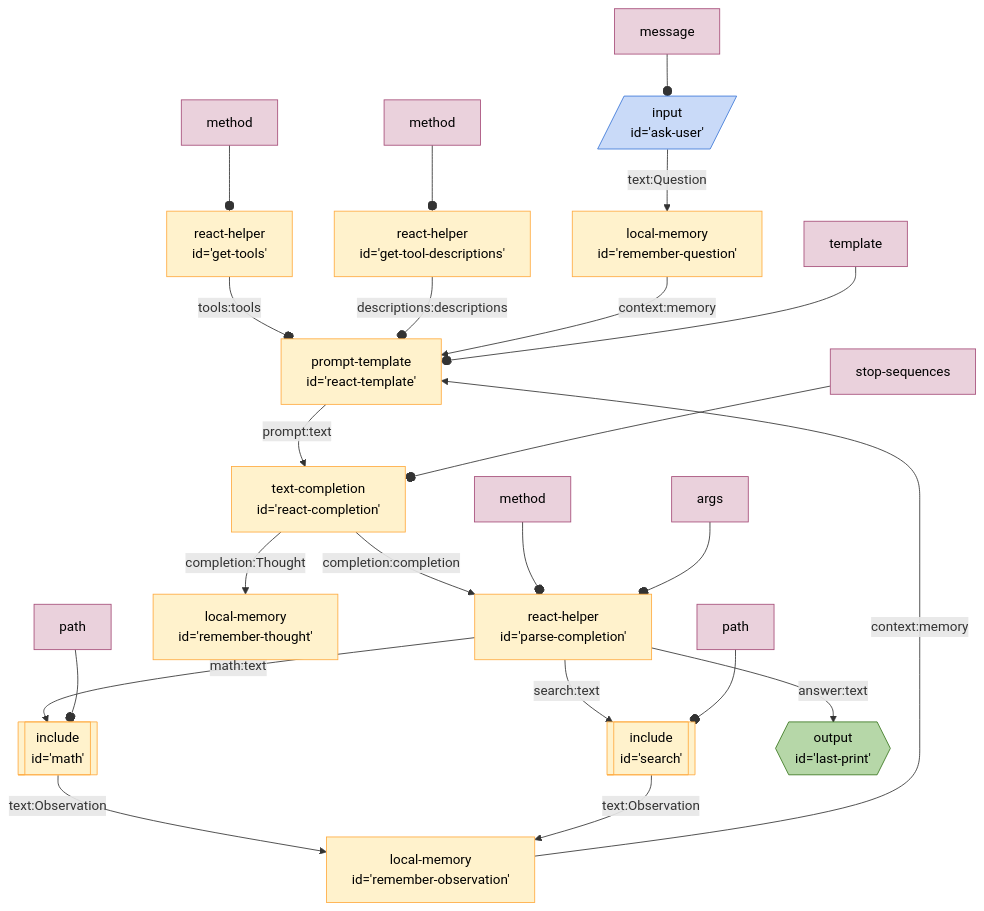
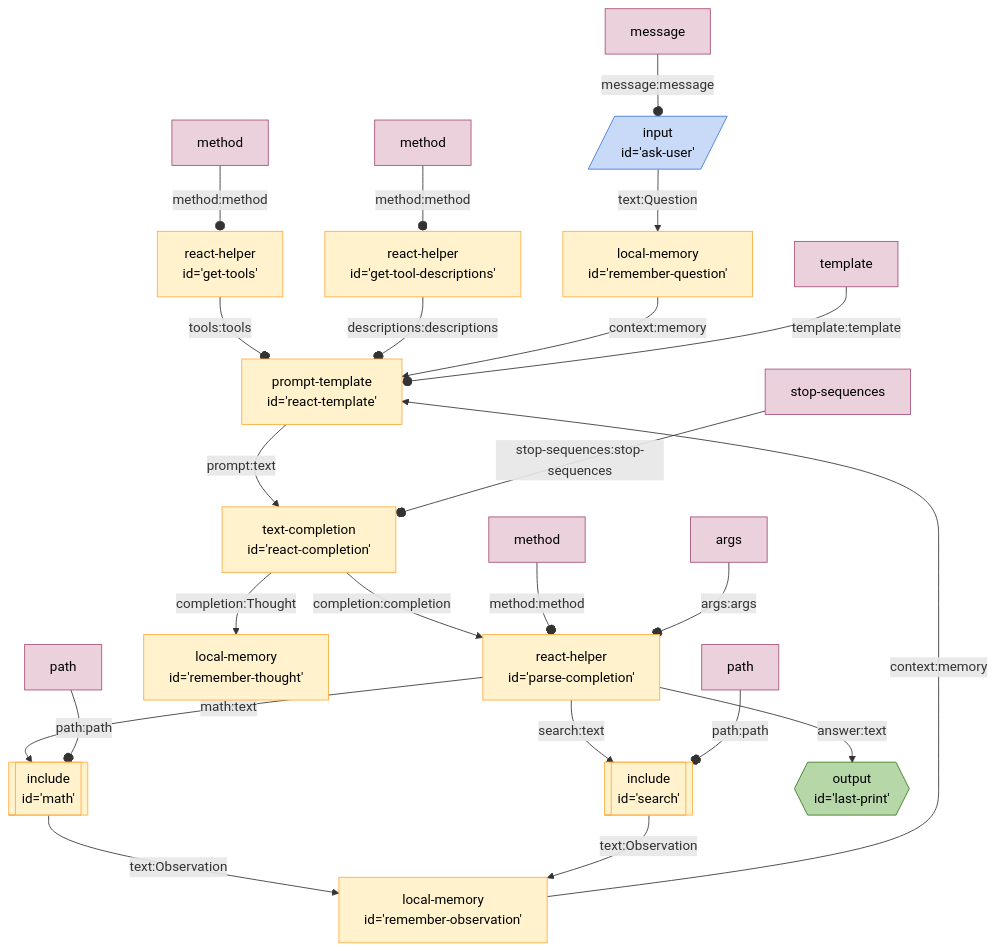
One commit to breadboard-ai/breadboard changed the diagram in seeds/graph-playground/docs/graphs/react-with-include.md. Above: the diagram before and after it, drawn with Mermaid. The commit also changed 13 other files, not shown here.

Commit message:
[graph] Add proper edge markers for constants.

````diff
--- a/seeds/graph-playground/docs/graphs/react-with-include.md
+++ b/seeds/graph-playground/docs/graphs/react-with-include.md
@@ -4,59 +4,59 @@
 ```mermaid
 %%{init: 'themeVariables': { 'fontFamily': 'Fira Code, monospace' }}%%
 graph TD;
 gettools["react-helper
 id='get-tools'"] -- tools:tools --o reacttemplate["prompt-template
 id='react-template'"]
 gettooldescriptions["react-helper
 id='get-tool-descriptions'"] -- descriptions:descriptions --o reacttemplate["prompt-template
 id='react-template'"]
 askuser[/"input
 id='ask-user'"/]:::input -- text:Question --> rememberquestion["local-memory
 id='remember-question'"]
 rememberquestion["local-memory
 id='remember-question'"] -- context:memory --> reacttemplate["prompt-template
 id='react-template'"]
 reacttemplate["prompt-template
 id='react-template'"] -- prompt:text --> reactcompletion["text-completion
 id='react-completion'"]
 reactcompletion["text-completion
 id='react-completion'"] -- completion:completion --> parsecompletion["react-helper
 id='parse-completion'"]
 reactcompletion["text-completion
 id='react-completion'"] -- completion:Thought --> rememberthought["local-memory
 id='remember-thought'"]
 parsecompletion["react-helper
 id='parse-completion'"] -- search:text --> search[["include
 id='search'"]]:::include
 parsecompletion["react-helper
 id='parse-completion'"] -- math:text --> math[["include
 id='math'"]]:::include
 math[["include
 id='math'"]]:::include -- text:Observation --> rememberobservation["local-memory
 id='remember-observation'"]
 search[["include
 id='search'"]]:::include -- text:Observation --> rememberobservation["local-memory
 id='remember-observation'"]
 rememberobservation["local-memory
 id='remember-observation'"] -- context:memory --> reacttemplate["prompt-template
 id='react-template'"]
 parsecompletion["react-helper
 id='parse-completion'"] -- answer:text --> lastprint{{"output
 id='last-print'"}}:::output
-templatereacttemplate[template]:::config --o reacttemplate
-messageaskuser[message]:::config --o askuser
-stopsequencesreactcompletion[stop-sequences]:::config --o reactcompletion
-methodgettools[method]:::config --o gettools
-methodgettooldescriptions[method]:::config --o gettooldescriptions
-methodparsecompletion[method]:::config --o parsecompletion
-argsparsecompletion[args]:::config --o parsecompletion
-pathsearch[path]:::config --o search
-pathmath[path]:::config --o math
+templatereacttemplate[template]:::config -- template:template --o reacttemplate
+messageaskuser[message]:::config -- message:message --o askuser
+stopsequencesreactcompletion[stop-sequences]:::config -- stop-sequences:stop-sequences --o reactcompletion
+methodgettools[method]:::config -- method:method --o gettools
+methodgettooldescriptions[method]:::config -- method:method --o gettooldescriptions
+methodparsecompletion[method]:::config -- method:method --o parsecompletion
+argsparsecompletion[args]:::config -- args:args --o parsecompletion
+pathsearch[path]:::config -- path:path --o search
+pathmath[path]:::config -- path:path --o math
 classDef default stroke:#ffab40,fill:#fff2ccff,color:#000
 classDef input stroke:#3c78d8,fill:#c9daf8ff,color:#000
 classDef output stroke:#38761d,fill:#b6d7a8ff,color:#000
 classDef passthrough stroke:#a64d79,fill:#ead1dcff,color:#000
 classDef slot stroke:#a64d79,fill:#ead1dcff,color:#000
 classDef config stroke:#a64d79,fill:#ead1dcff,color:#000
 classDef slotted stroke:#a64d79
 ```
````
